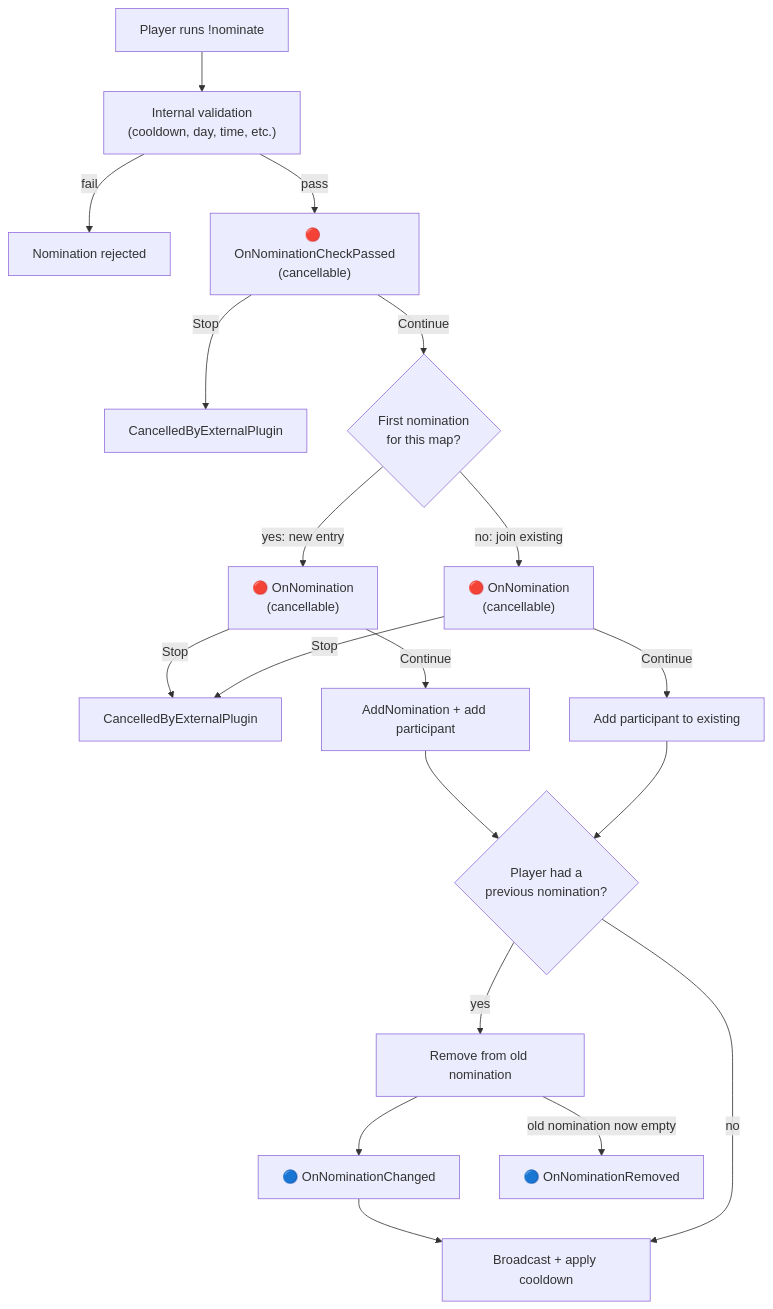
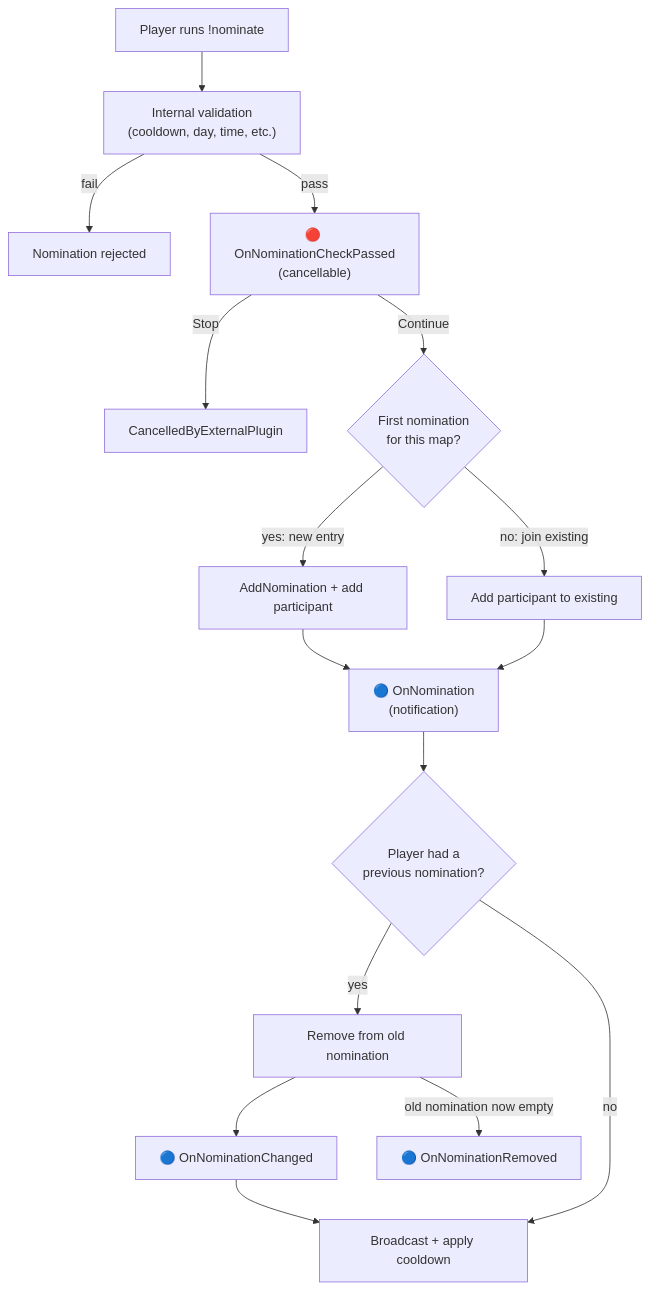
Before and after one commit to possession-community/MapChooserSharpMS: the first of 3 diagrams in docs/en/development/api/events.md, drawn with Mermaid. The commit also changed other lines of this file and 8 other files, not shown here.

````diff
--- a/docs/en/development/api/events.md
+++ b/docs/en/development/api/events.md
@@ -52,21 +52,18 @@
 ```mermaid
 flowchart TD
     A["Player runs !nominate"] --> B["Internal validation<br/>(cooldown, day, time, etc.)"]
     B -->|fail| X1["Nomination rejected"]
     B -->|pass| C["🔴 OnNominationCheckPassed<br/>(cancellable)"]
     C -->|Stop| X2["CancelledByExternalPlugin"]
     C -->|Continue| D{First nomination<br/>for this map?}
-    D -->|yes: new entry| E["🔴 OnNomination<br/>(cancellable)"]
-    D -->|no: join existing| F["🔴 OnNomination<br/>(cancellable)"]
-    E -->|Stop| X3["CancelledByExternalPlugin"]
-    F -->|Stop| X3
-    E -->|Continue| G["AddNomination + add participant"]
-    F -->|Continue| H["Add participant to existing"]
-    G --> I{Player had a<br/>previous nomination?}
-    H --> I
+    D -->|yes: new entry| G["AddNomination + add participant"]
+    D -->|no: join existing| H["Add participant to existing"]
+    G --> N["🔵 OnNomination<br/>(notification)"]
+    H --> N
+    N --> I{Player had a<br/>previous nomination?}
     I -->|yes| J["Remove from old nomination"]
     J --> K["🔵 OnNominationChanged"]
     K --> L["Broadcast + apply cooldown"]
     I -->|no| L
     J -->|old nomination now empty| M["🔵 OnNominationRemoved"]
 ```
````
